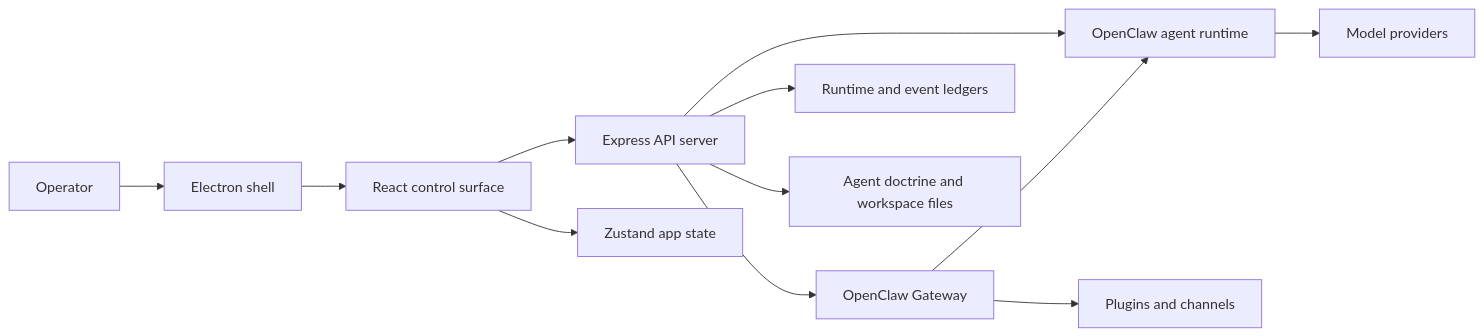
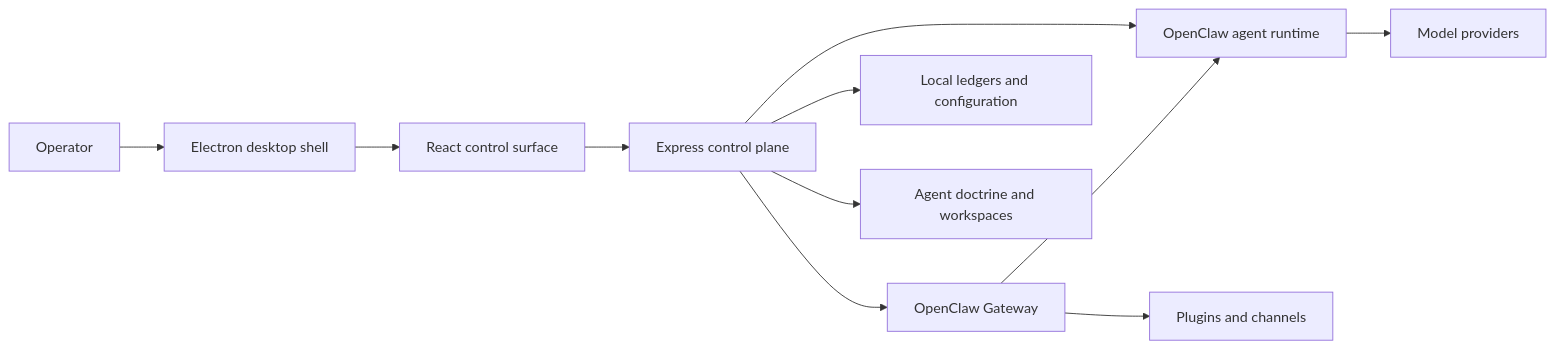
Before and after one commit to hotboysupreme12-hash/Automnia-AI-Nexus: the diagram in README.md, drawn with Mermaid. The commit also changed other lines of this file, not shown here.

````diff
--- a/README.md
+++ b/README.md
@@ -129,26 +157,24 @@
 ```mermaid
 flowchart LR
   Operator["Operator"]
-  Electron["Electron shell"]
+  Electron["Electron desktop shell"]
   UI["React control surface"]
-  API["Express API server"]
-  Store["Zustand app state"]
+  API["Express control plane"]
   Gateway["OpenClaw Gateway"]
   Runtime["OpenClaw agent runtime"]
+  Providers["Model providers"]
   Plugins["Plugins and channels"]
-  Ledgers["Runtime and event ledgers"]
-  Files["Agent doctrine and workspace files"]
-  Providers["Model providers"]
+  State["Local ledgers and configuration"]
+  Files["Agent doctrine and workspaces"]
 
   Operator --> Electron
   Electron --> UI
-  UI --> Store
   UI --> API
   API --> Gateway
   Gateway --> Runtime
   Runtime --> Providers
   Gateway --> Plugins
-  API --> Ledgers
+  API --> State
   API --> Files
   API --> Runtime
 ```
````
